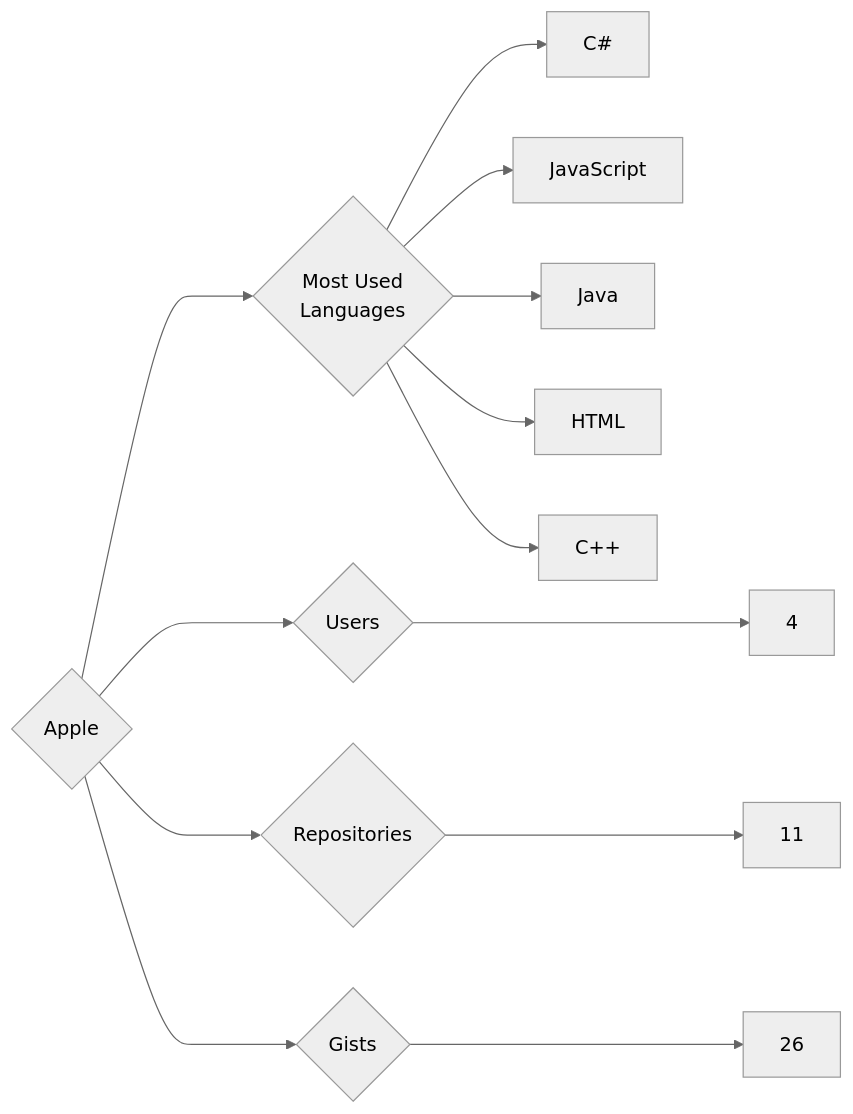
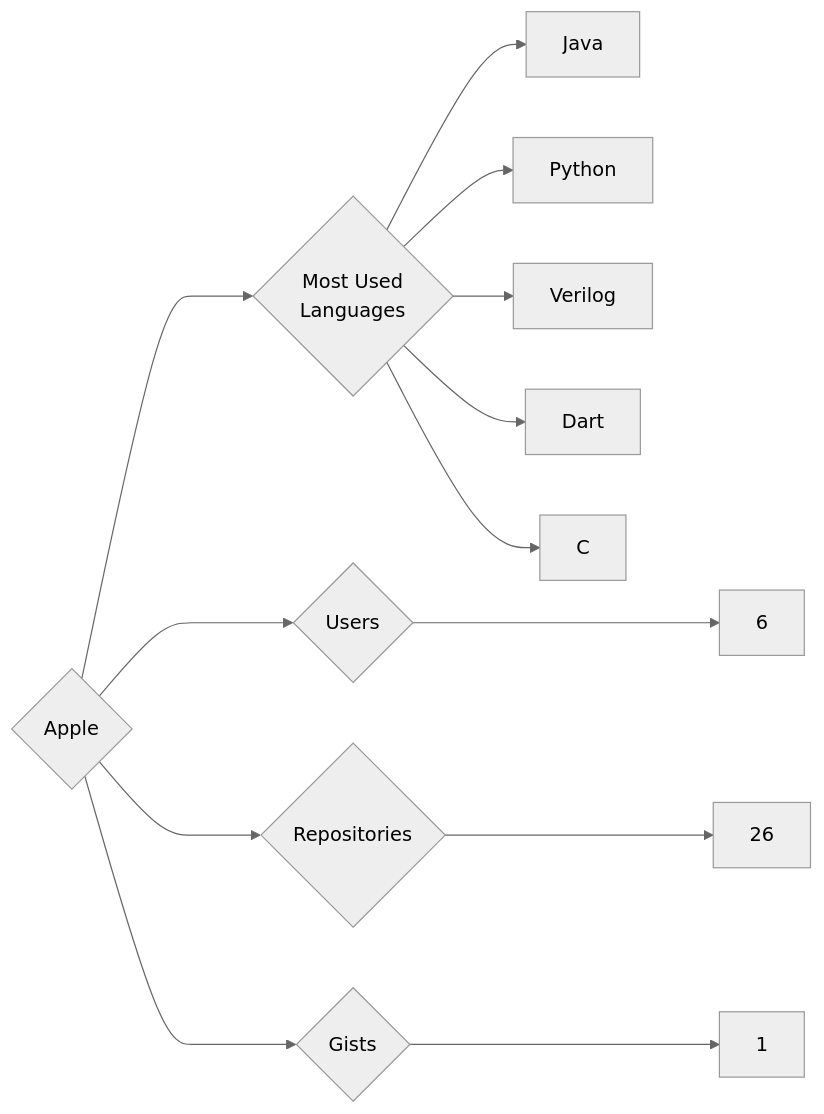
Before and after one commit to trickest/insiders: the diagram in targets/Apple/README.md, drawn with Mermaid (neutral theme). The commit also changed 1055 other files, not shown here.

````diff
--- a/targets/Apple/README.md
+++ b/targets/Apple/README.md
@@ -3,13 +3,13 @@
 ```mermaid
 graph LR
 COMPANY_NAME{Apple}
-COMPANY_NAME ---> U{Users} ---> UN[4]
-COMPANY_NAME ---> R{Repositories} ---> RN[11]
-COMPANY_NAME ---> G{Gists} ---> GN[26]
+COMPANY_NAME ---> U{Users} ---> UN[6]
+COMPANY_NAME ---> R{Repositories} ---> RN[26]
+COMPANY_NAME ---> G{Gists} ---> GN[1]
 COMPANY_NAME ---> ML{Most Used<br>Languages}
-ML --> C#[C#]
-ML --> JavaScript[JavaScript]
 ML --> Java[Java]
-ML --> HTML[HTML]
-ML --> C++[C++]
+ML --> Python[Python]
+ML --> Verilog[Verilog]
+ML --> Dart[Dart]
+ML --> C[C]
 ```
````
